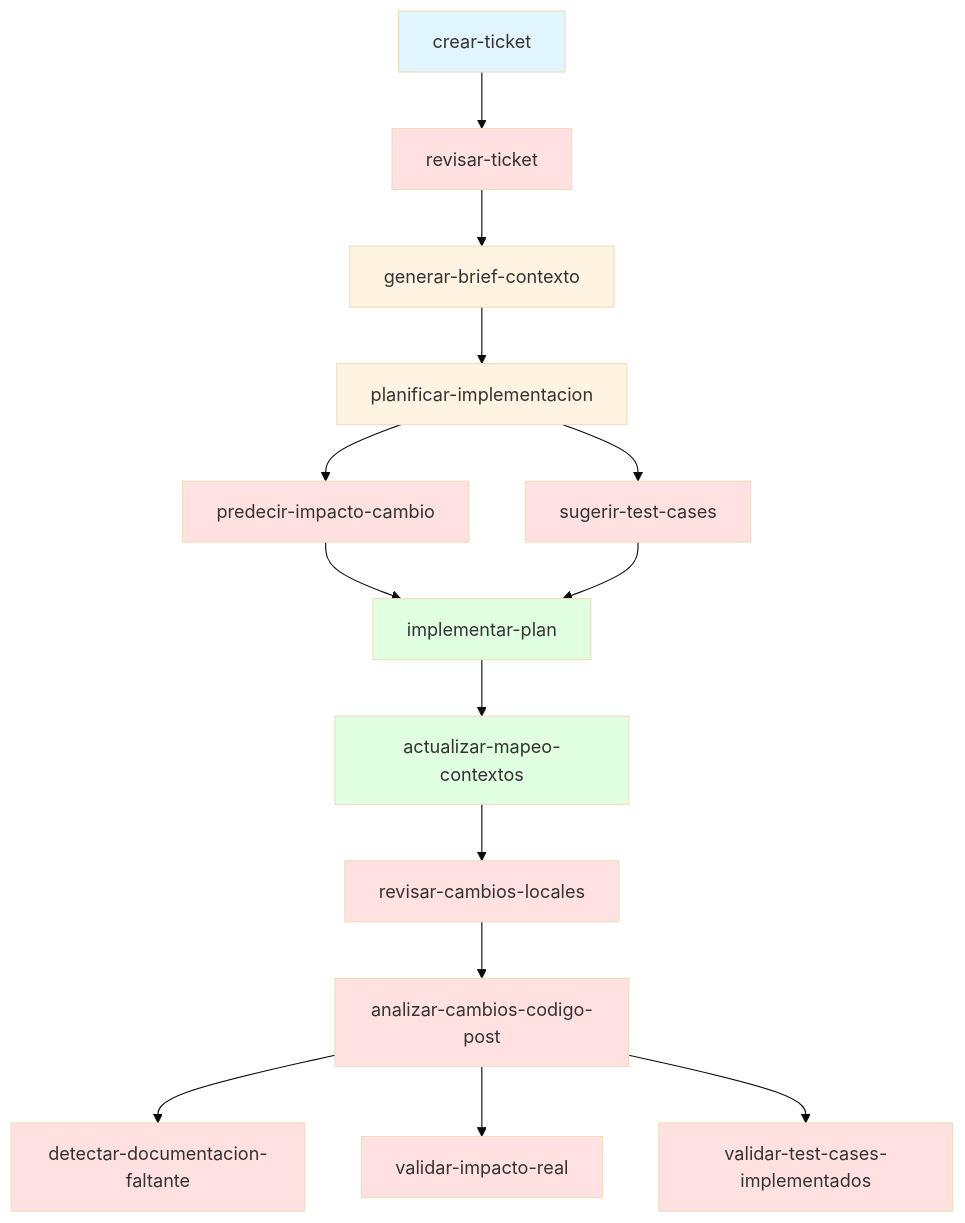
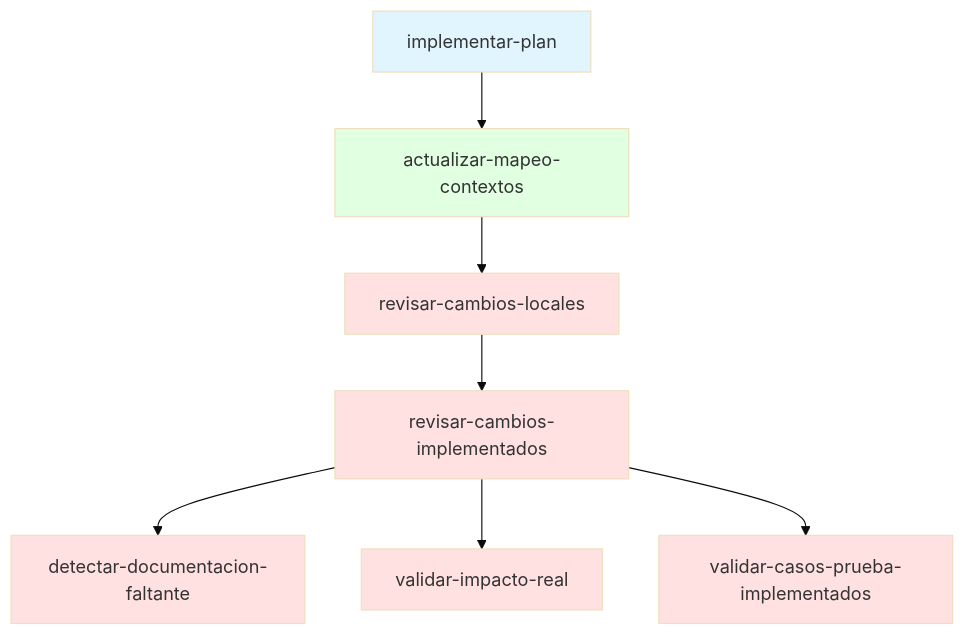
Before and after one commit to gilmrjc/factory: the fifth of 9 diagrams in docs/workflows.md, drawn with Mermaid (base theme). The commit also changed other lines of this file and 139 other files, not shown here.

````diff
--- a/docs/workflows.md
+++ b/docs/workflows.md
@@ -55,31 +364,18 @@
 ```mermaid
 flowchart TD
-    A[crear-ticket] --> B[revisar-ticket]
-    B --> C[generar-brief-contexto]
-    C --> D[planificar-implementacion]
-    D --> E[predecir-impacto-cambio]
-    D --> F[sugerir-test-cases]
-    E --> G[implementar-plan]
-    F --> G
-    G --> H[actualizar-mapeo-contextos]
-    H --> I[revisar-cambios-locales]
-    I --> J[analizar-cambios-codigo-post]
-    
-    J --> K[detectar-documentacion-faltante]
-    J --> L[validar-impacto-real]
-    J --> M[validar-test-cases-implementados]
-    
+    A[implementar-plan] --> B[actualizar-mapeo-contextos]
+    B --> C[revisar-cambios-locales]
+    C --> D[revisar-cambios-implementados]
+
+    D --> E[detectar-documentacion-faltante]
+    D --> F[validar-impacto-real]
+    D --> G[validar-casos-prueba-implementados]
+
     style A fill:#e1f5ff
-    style B fill:#ffe1e1
-    style C fill:#fff4e1
-    style D fill:#fff4e1
+    style B fill:#e1ffe1
+    style C fill:#ffe1e1
+    style D fill:#ffe1e1
     style E fill:#ffe1e1
     style F fill:#ffe1e1
-    style G fill:#e1ffe1
-    style H fill:#e1ffe1
-    style I fill:#ffe1e1
-    style J fill:#ffe1e1
-    style K fill:#ffe1e1
-    style L fill:#ffe1e1
-    style M fill:#ffe1e1
+    style G fill:#ffe1e1
 ```
````
